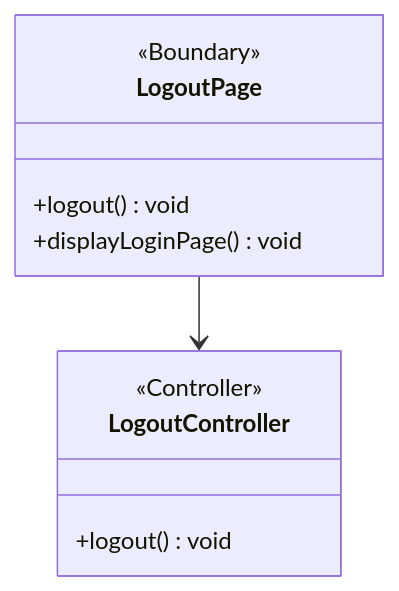
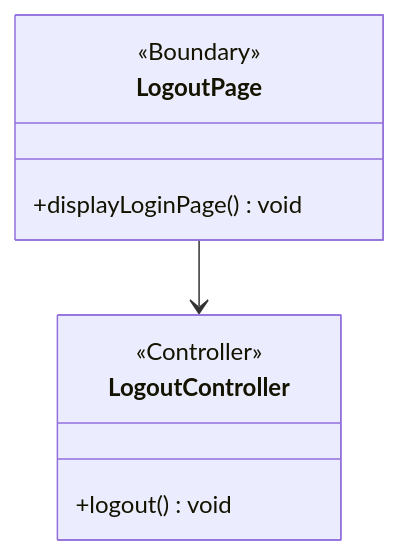
Before and after one commit to JSL124/SDM-project: the diagram in docs/logout/bce-diagram.md, drawn with Mermaid. The commit also changed other lines of this file and 13 other files, not shown here.

````diff
--- a/docs/logout/bce-diagram.md
+++ b/docs/logout/bce-diagram.md
@@ -3,15 +3,14 @@
 ```mermaid
 classDiagram
     class LogoutPage {
         <<Boundary>>
-        +logout() void
         +displayLoginPage() void
     }
 
     class LogoutController {
         <<Controller>>
         +logout() void
     }
 
     LogoutPage --> LogoutController
 ```
````
